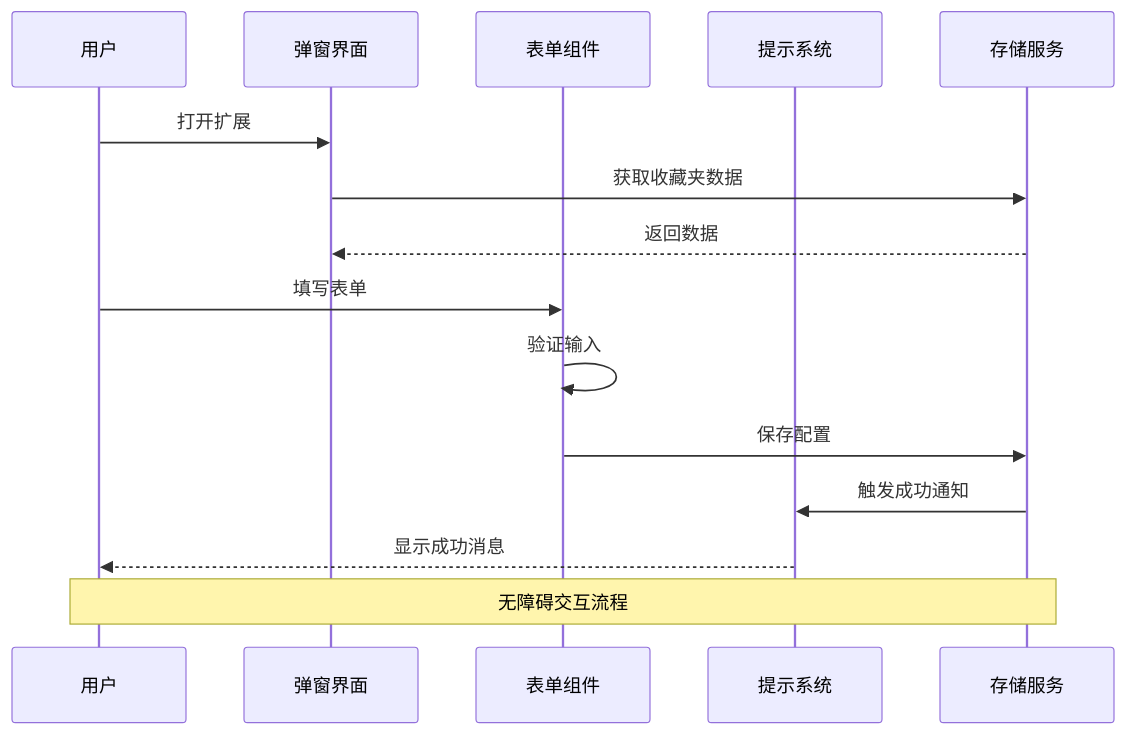
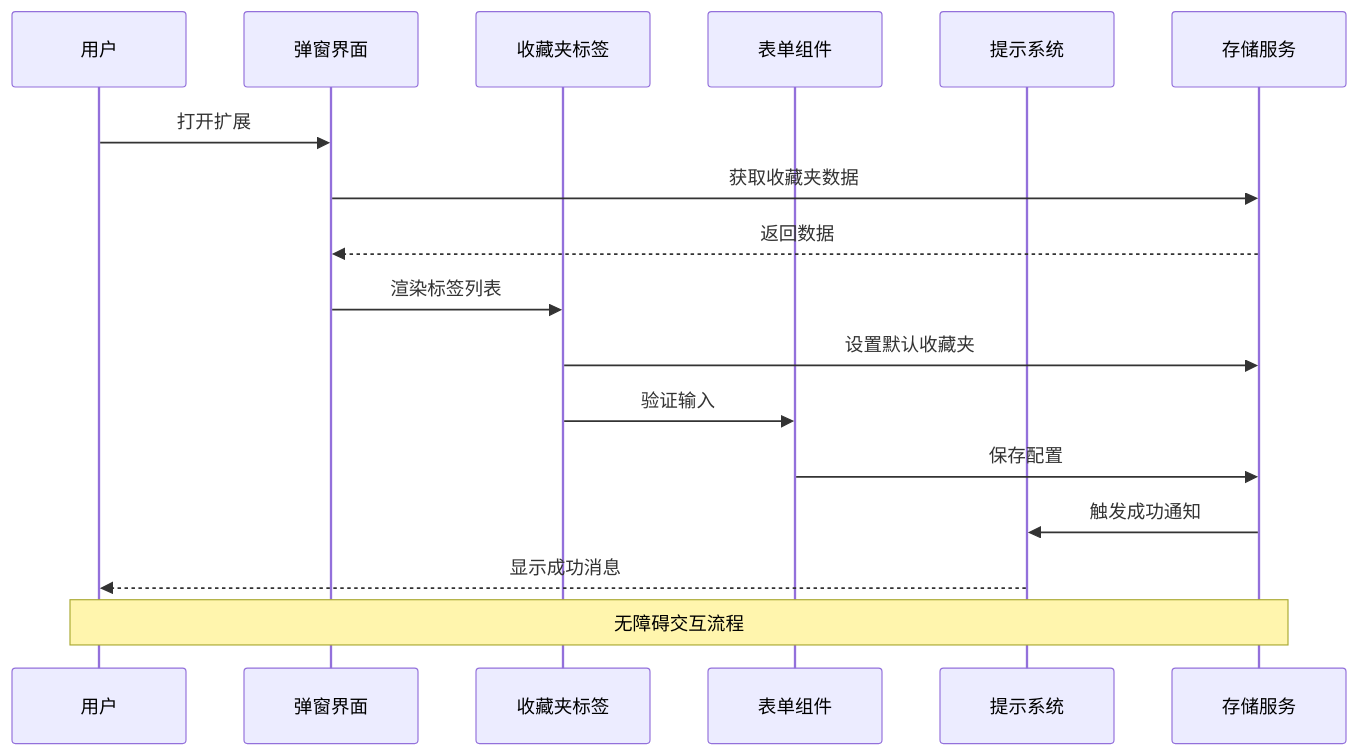
One commit to RadiumAg/bilibili-favorites changed the third of 12 diagrams in .qoder/repowiki/zh/content/Accessibility Enhancements.md. Above: the diagram before and after it, drawn with Mermaid. The commit also changed other lines of this file and 5 other files, not shown here.

````diff
--- a/.qoder/repowiki/zh/content/Accessibility Enhancements.md
+++ b/.qoder/repowiki/zh/content/Accessibility Enhancements.md
@@ -198,17 +236,19 @@
 ```mermaid
 sequenceDiagram
 participant User as 用户
 participant Popup as 弹窗界面
+participant FavoriteTag as 收藏夹标签
 participant Form as 表单组件
 participant Toast as 提示系统
 participant Storage as 存储服务
 User->>Popup : 打开扩展
 Popup->>Storage : 获取收藏夹数据
 Storage-->>Popup : 返回数据
-User->>Form : 填写表单
-Form->>Form : 验证输入
+Popup->>FavoriteTag : 渲染标签列表
+FavoriteTag->>Storage : 设置默认收藏夹
+FavoriteTag->>Form : 验证输入
 Form->>Storage : 保存配置
 Storage->>Toast : 触发成功通知
 Toast-->>User : 显示成功消息
 Note over User,Storage : 无障碍交互流程
 ```
````
